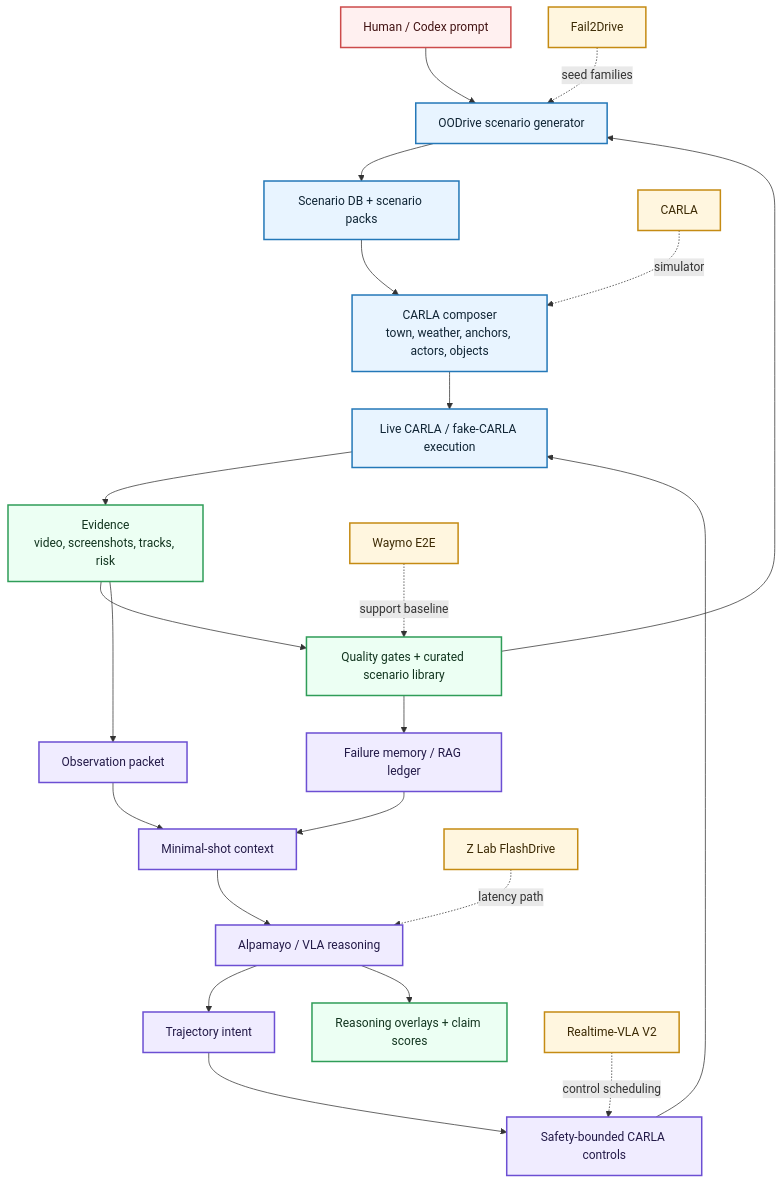
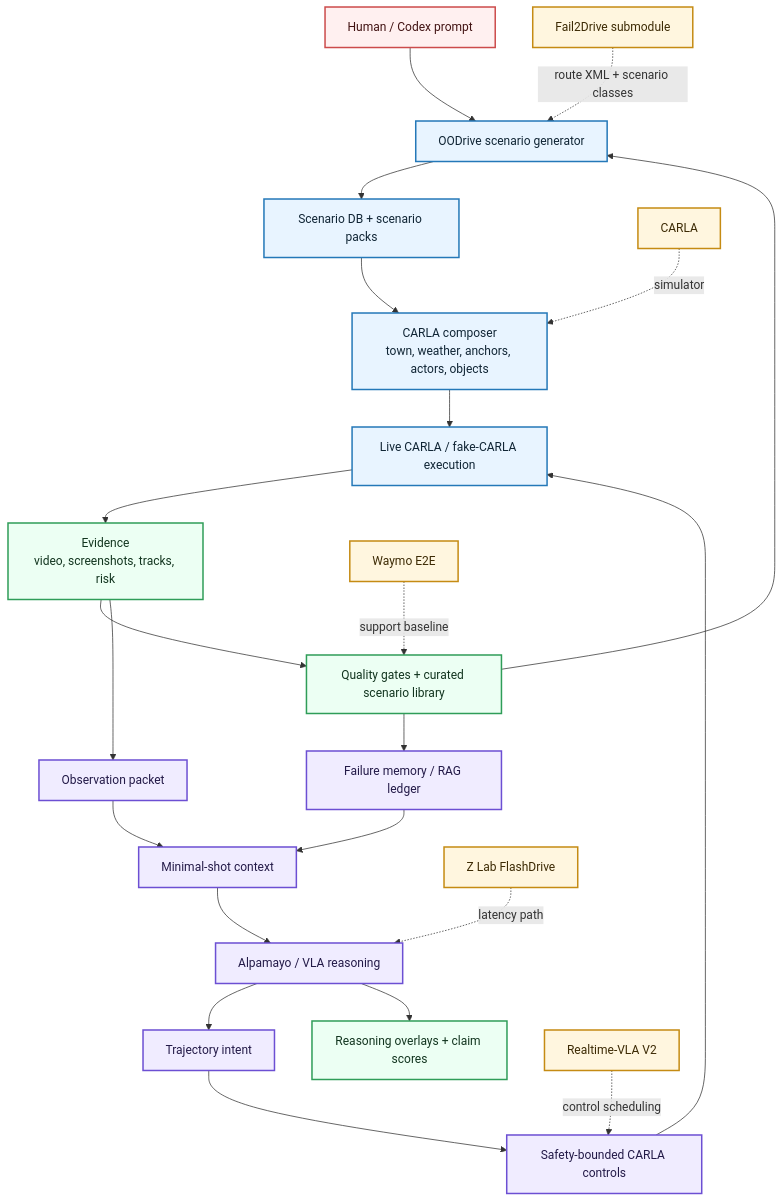
The first of 3 diagrams in README.md (ZanarkandTechnologies/0xDriver), drawn with Mermaid before and after one commit. The commit also changed other lines of this file and 103 other files, not shown here.

````diff
--- a/README.md
+++ b/README.md
@@ -26,38 +26,38 @@
 ```mermaid
 flowchart TD
     U["Human / Codex prompt"] --> G1["OODrive scenario generator"]
     G1 --> G2["Scenario DB + scenario packs"]
     G2 --> G3["CARLA composer<br/>town, weather, anchors, actors, objects"]
     G3 --> G4["Live CARLA / fake-CARLA execution"]
     G4 --> G5["Evidence<br/>video, screenshots, tracks, risk"]
     G5 --> G6["Quality gates + curated scenario library"]
     G6 --> G1
 
     G5 --> A1["Observation packet"]
     G6 --> A2["Failure memory / RAG ledger"]
     A2 --> A3["Minimal-shot context"]
     A1 --> A3
     A3 --> A4["Alpamayo / VLA reasoning"]
     A4 --> A5["Trajectory intent"]
     A5 --> A6["Safety-bounded CARLA controls"]
     A6 --> G4
     A4 --> A7["Reasoning overlays + claim scores"]
 
     R1["CARLA"] -. simulator .-> G3
-    R2["Fail2Drive"] -. seed families .-> G1
+    R2["Fail2Drive submodule"] -. route XML + scenario classes .-> G1
     R3["Z Lab FlashDrive"] -. latency path .-> A4
     R4["Realtime-VLA V2"] -. control scheduling .-> A6
     R5["Waymo E2E"] -. support baseline .-> G6
 
     classDef generator fill:#e8f4ff,stroke:#2478b8,color:#102535,stroke-width:2px
     classDef autonomy fill:#f0ecff,stroke:#6c4fd3,color:#231a48,stroke-width:2px
     classDef evidence fill:#ecfff3,stroke:#2f9d58,color:#12351f,stroke-width:2px
     classDef external fill:#fff6df,stroke:#c58b13,color:#3d2b05,stroke-width:2px
     classDef operator fill:#fff0f0,stroke:#cc4b4b,color:#421313,stroke-width:2px
 
     class U operator
     class G1,G2,G3,G4 generator
     class G5,G6,A7 evidence
     class A1,A2,A3,A4,A5,A6 autonomy
     class R1,R2,R3,R4,R5 external
 ```
````
